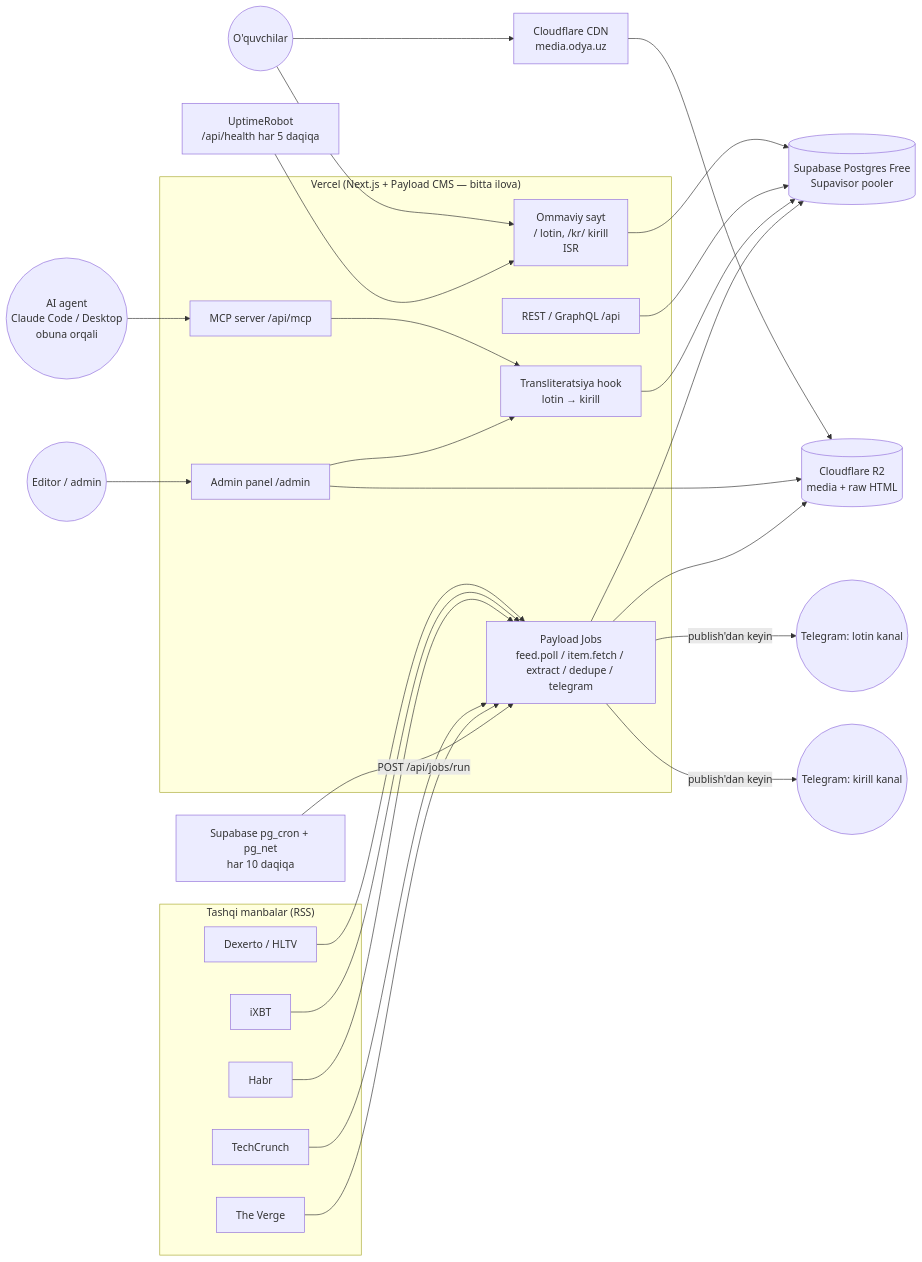
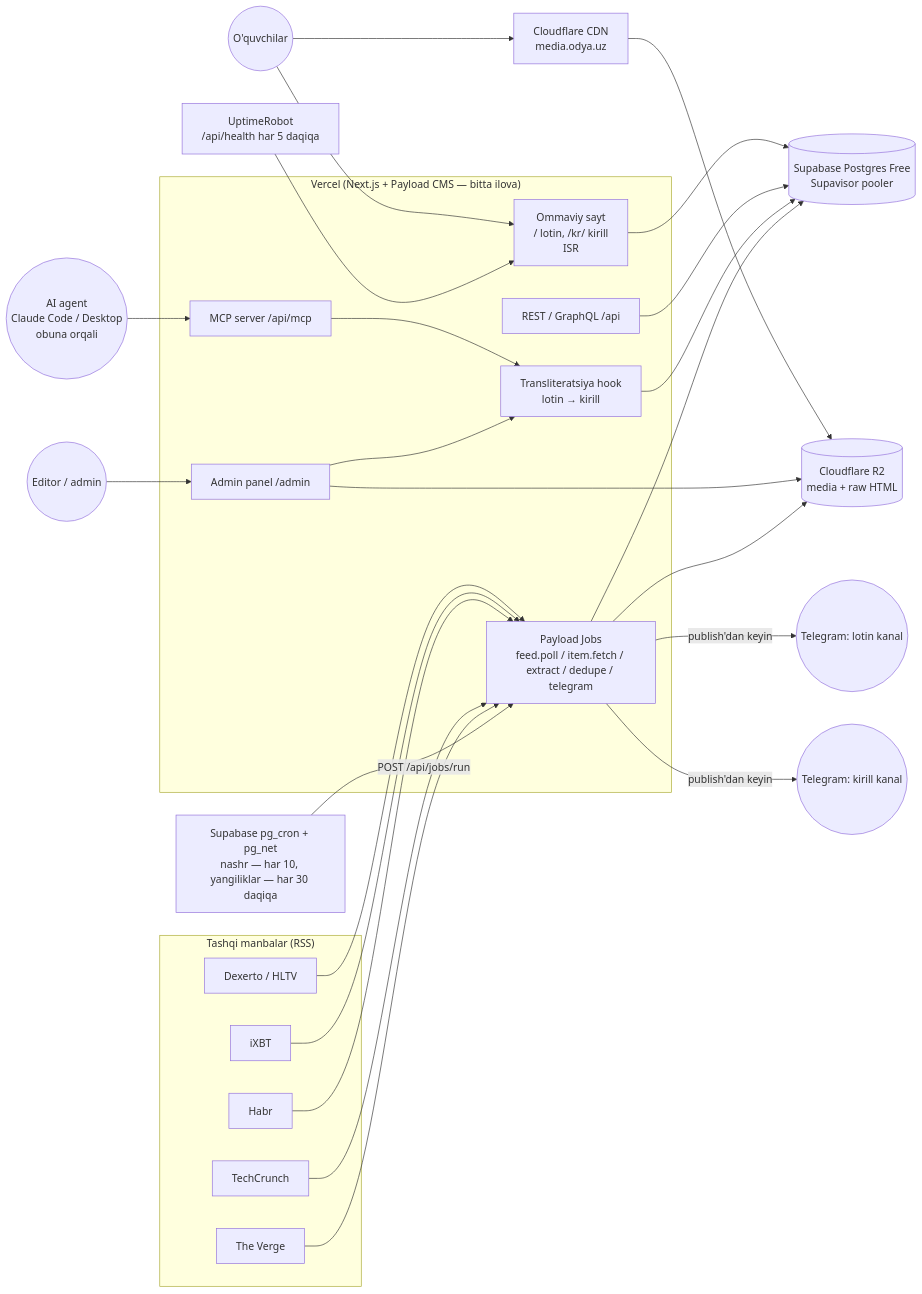
Before and after one commit to Odya-LLC/blog_odya: the first of 3 diagrams in docs/TZ.md, drawn with Mermaid. The commit also changed other lines of this file and 20 other files, not shown here.

````diff
--- a/docs/TZ.md
+++ b/docs/TZ.md
@@ -165,46 +165,46 @@
 ```mermaid
 flowchart LR
     subgraph Sources["Tashqi manbalar (RSS)"]
         S1[The Verge]
         S2[TechCrunch]
         S3[Habr]
         S4[iXBT]
         S5[Dexerto / HLTV]
     end
 
     subgraph Vercel["Vercel (Next.js + Payload CMS — bitta ilova)"]
         JOBS[Payload Jobs<br/>feed.poll / item.fetch / extract / dedupe / telegram]
         ADMIN[Admin panel /admin]
         REST[REST / GraphQL /api]
         MCP[MCP server /api/mcp]
         SITE[Ommaviy sayt<br/>/ lotin, /kr/ kirill<br/>ISR]
         TR[Transliteratsiya hook<br/>lotin → kirill]
     end
 
     PG[(Supabase Postgres Free<br/>Supavisor pooler)]
-    CRON[Supabase pg_cron + pg_net<br/>har 10 daqiqa]
+    CRON[Supabase pg_cron + pg_net<br/>nashr — har 10, yangiliklar — har 30 daqiqa]
     UPT[UptimeRobot<br/>/api/health har 5 daqiqa]
     R2[(Cloudflare R2<br/>media + raw HTML)]
     CFM[Cloudflare CDN<br/>media.odya.uz]
     TGC((Telegram: lotin kanal))
     TGK((Telegram: kirill kanal))
     READERS((O'quvchilar))
     EDITOR((Editor / admin))
     AGENT((AI agent<br/>Claude Code / Desktop<br/>obuna orqali))
 
     CRON -- "POST /api/jobs/run" --> JOBS
     UPT --> SITE
     S1 & S2 & S3 & S4 & S5 --> JOBS
     JOBS --> PG
     JOBS --> R2
     JOBS -- "publish'dan keyin" --> TGC
     JOBS -- "publish'dan keyin" --> TGK
     ADMIN --> TR --> PG
     MCP --> TR
     REST --> PG
     EDITOR --> ADMIN
     AGENT --> MCP
     ADMIN --> R2
     READERS --> SITE --> PG
     READERS --> CFM --> R2
 ```
````
